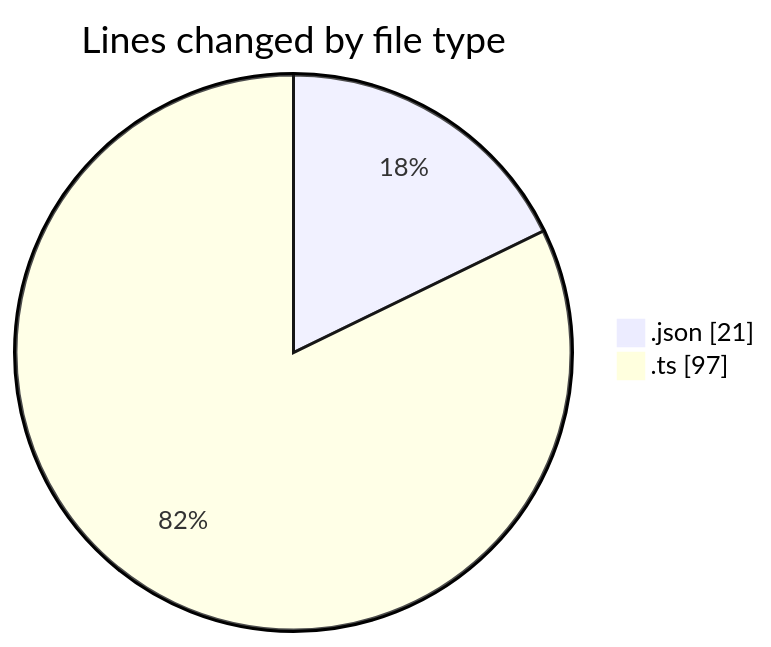
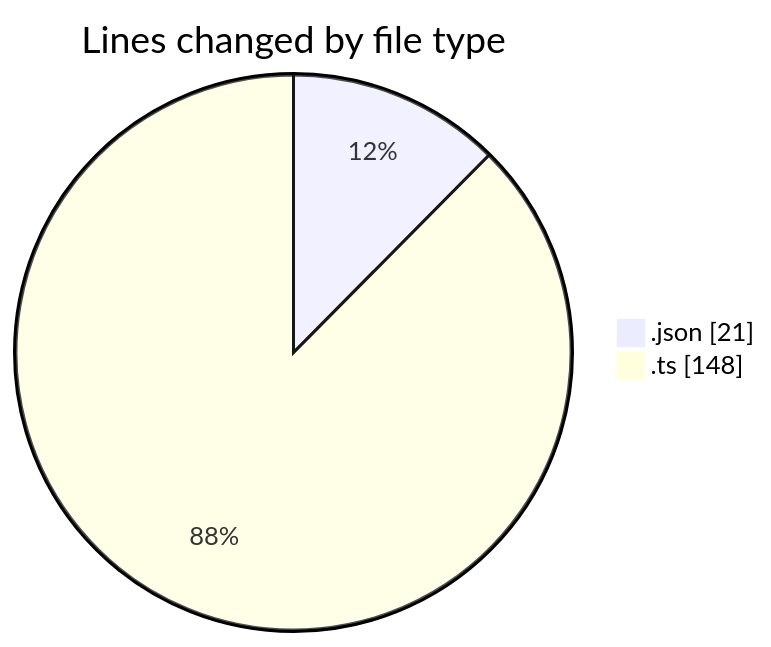
The first of 2 diagrams in 2025-01-15/github-activity-tracker/README.md (momahboobian/code-tracking), drawn with Mermaid before and after one commit. The commit also changed other lines of this file and 1 other file, not shown here.

````diff
--- a/2025-01-15/github-activity-tracker/README.md
+++ b/2025-01-15/github-activity-tracker/README.md
@@ -22,6 +23,6 @@
 ```mermaid
 pie showData
 title Lines changed by file type
 ".json" : 21
-".ts" : 97
+".ts" : 148
 ```
````
